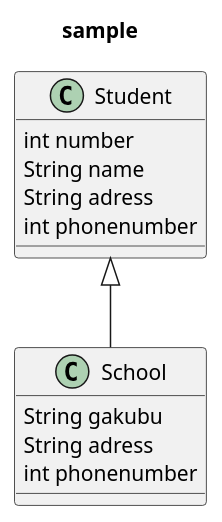
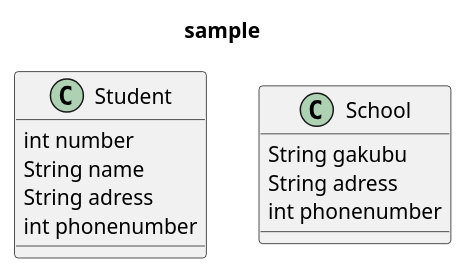
The diagram in docs/sample.puml (a191409/java-semi), drawn with PlantUML before and after one commit. The commit also changed 5 other files, not shown here.

```diff
--- a/docs/sample.puml
+++ b/docs/sample.puml
@@ -1,15 +1,15 @@
 @startuml a191409
 title:sample
 class Student{
  int number
  String name
  String adress
  int phonenumber
 }
 class School{
  String gakubu
  String adress
  int phonenumber
 }
-Student <|-- School
+
 @enduml
```
